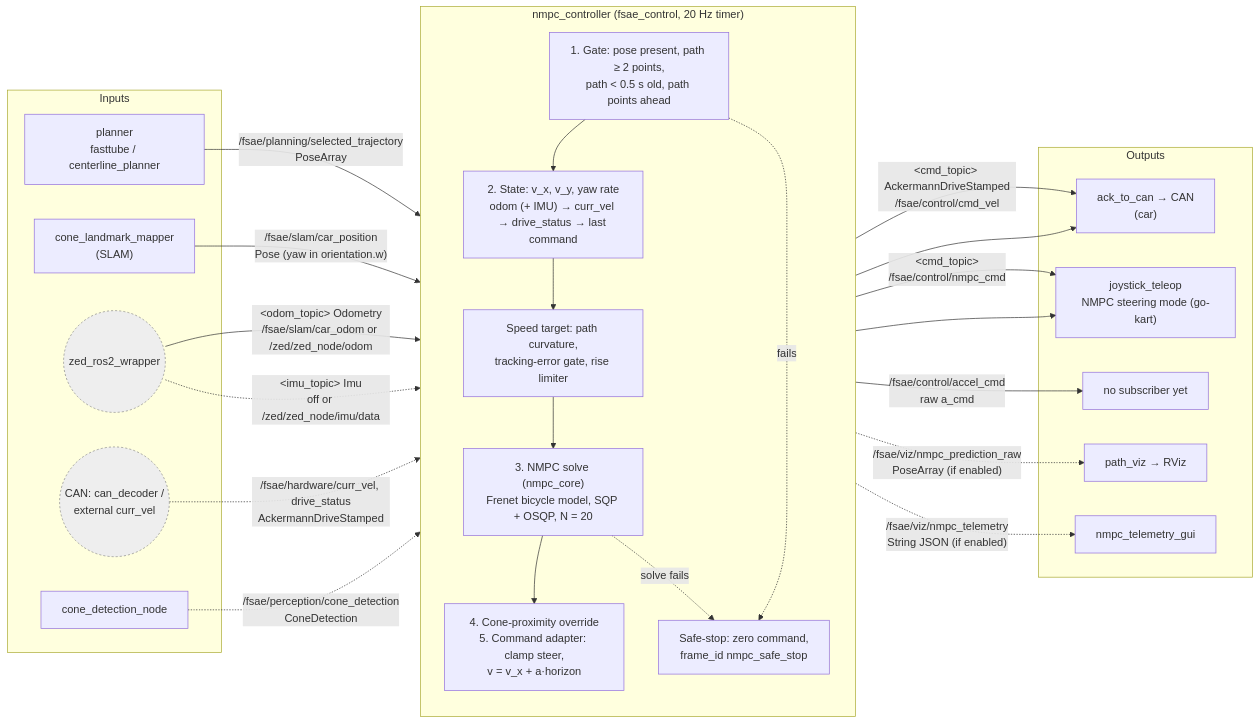
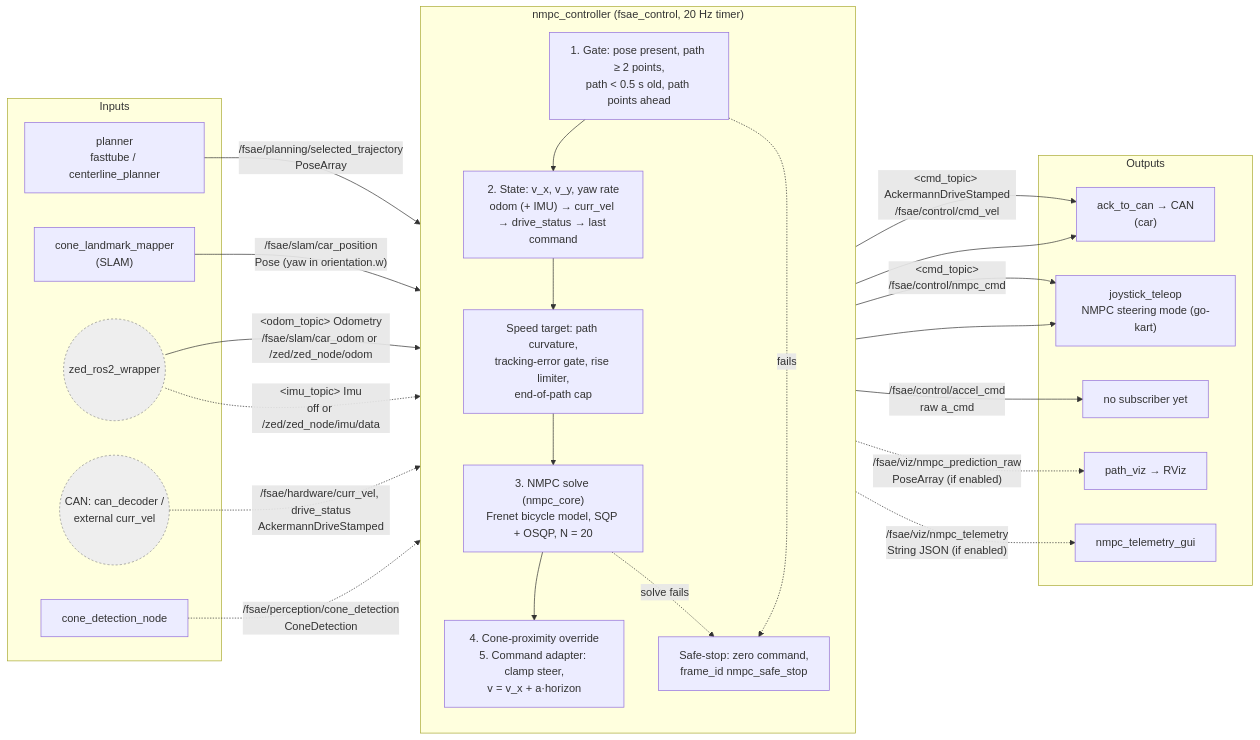
One commit to Martin-Jin/fsae_MPCRos changed the diagram in src/fsae_autonomous/control/fsae_control/fsae_control/mpc/MPC_NODE_DOCS.md. Above: the diagram before and after it, drawn with Mermaid. The commit also changed 8 other files, not shown here.

````diff
--- a/src/fsae_autonomous/control/fsae_control/fsae_control/mpc/MPC_NODE_DOCS.md
+++ b/src/fsae_autonomous/control/fsae_control/fsae_control/mpc/MPC_NODE_DOCS.md
@@ -47,49 +47,49 @@
 ```mermaid
 flowchart LR
     classDef ext fill:#eee,stroke:#888,stroke-dasharray:3 3;
     classDef opt stroke-dasharray:5 5;
 
     subgraph IN["Inputs"]
         PLAN["planner<br/>fasttube / centerline_planner"]
         SLAM["cone_landmark_mapper<br/>(SLAM)"]
         ZED(("zed_ros2_wrapper")):::ext
         CAMN["cone_detection_node"]
         CANIN(("CAN: can_decoder /<br/>external curr_vel")):::ext
     end
 
     subgraph NODE["nmpc_controller (fsae_control, 20 Hz timer)"]
         direction TB
         P1["1. Gate: pose present, path ≥ 2 points,<br/>path < 0.5 s old, path points ahead"]
         P2["2. State: v_x, v_y, yaw rate<br/>odom (+ IMU) → curr_vel → drive_status → last command"]
-        P3["Speed target: path curvature,<br/>tracking-error gate, rise limiter"]
+        P3["Speed target: path curvature,<br/>tracking-error gate, rise limiter,<br/>end-of-path cap"]
         P4["3. NMPC solve (nmpc_core)<br/>Frenet bicycle model, SQP + OSQP, N = 20"]
         P5["4. Cone-proximity override<br/>5. Command adapter: clamp steer,<br/>v = v_x + a·horizon"]
         SAFE["Safe-stop: zero command,<br/>frame_id nmpc_safe_stop"]
         P1 --> P2 --> P3 --> P4 --> P5
         P1 -. "fails" .-> SAFE
         P4 -. "solve fails" .-> SAFE
     end
 
     subgraph OUT["Outputs"]
         CAR["ack_to_can → CAN<br/>(car)"]
         TEL["joystick_teleop<br/>NMPC steering mode (go-kart)"]
         NONE["no subscriber yet"]
         PV["path_viz → RViz"]
         GUI["nmpc_telemetry_gui"]
     end
 
     PLAN -->|"/fsae/planning/selected_trajectory<br/>PoseArray"| P1
     SLAM -->|"/fsae/slam/car_position<br/>Pose (yaw in orientation.w)"| P1
     ZED -->|"#lt;odom_topic#gt; Odometry<br/>/fsae/slam/car_odom or /zed/zed_node/odom"| P2
     ZED -.->|"#lt;imu_topic#gt; Imu<br/>off or /zed/zed_node/imu/data"| P2
     CANIN -.->|"/fsae/hardware/curr_vel, drive_status<br/>AckermannDriveStamped"| P2
     CAMN -.->|"/fsae/perception/cone_detection<br/>ConeDetection"| P5
 
     P5 -->|"#lt;cmd_topic#gt; AckermannDriveStamped<br/>/fsae/control/cmd_vel"| CAR
     P5 -->|"#lt;cmd_topic#gt;<br/>/fsae/control/nmpc_cmd"| TEL
     SAFE --> CAR
     SAFE --> TEL
     P5 -->|"/fsae/control/accel_cmd<br/>raw a_cmd"| NONE
     P4 -.->|"/fsae/viz/nmpc_prediction_raw<br/>PoseArray (if enabled)"| PV
     P4 -.->|"/fsae/viz/nmpc_telemetry<br/>String JSON (if enabled)"| GUI
 ```
````
